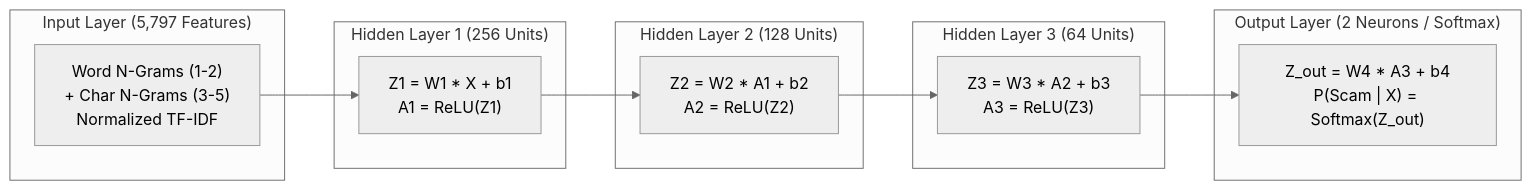
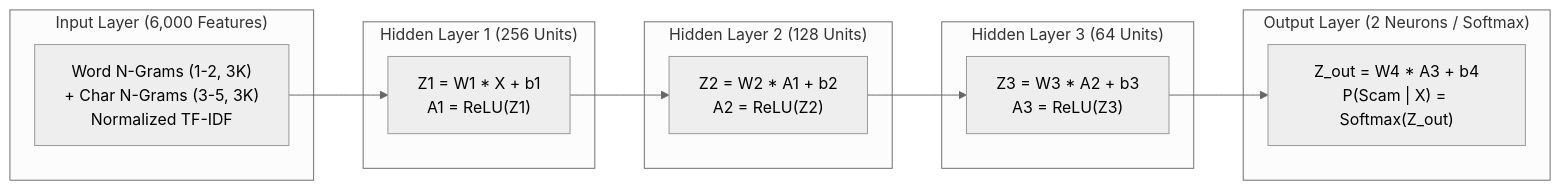
The diagram in docs/neural-network/ARCHITECTURE.md (hamsinikommunuri/bobsec-platform), drawn with Mermaid (neutral theme) before and after one commit. The commit also changed other lines of this file and 60 other files, not shown here.

````diff
--- a/docs/neural-network/ARCHITECTURE.md
+++ b/docs/neural-network/ARCHITECTURE.md
@@ -13,27 +13,27 @@
 ```mermaid
 graph LR
-    subgraph Input["Input Layer (5,797 Features)"]
-        X["Word N-Grams (1-2)<br/>+ Char N-Grams (3-5)<br/>Normalized TF-IDF"]
+    subgraph Input["Input Layer (6,000 Features)"]
+        X["Word N-Grams (1-2, 3K)<br/>+ Char N-Grams (3-5, 3K)<br/>Normalized TF-IDF"]
     end
 
     subgraph H1["Hidden Layer 1 (256 Units)"]
         Z1["Z1 = W1 * X + b1<br/>A1 = ReLU(Z1)"]
     end
 
     subgraph H2["Hidden Layer 2 (128 Units)"]
         Z2["Z2 = W2 * A1 + b2<br/>A2 = ReLU(Z2)"]
     end
 
     subgraph H3["Hidden Layer 3 (64 Units)"]
         Z3["Z3 = W3 * A2 + b3<br/>A3 = ReLU(Z3)"]
     end
 
     subgraph Output["Output Layer (2 Neurons / Softmax)"]
         ZO["Z_out = W4 * A3 + b4<br/>P(Scam | X) = Softmax(Z_out)"]
     end
 
     X --> Z1
     Z1 --> Z2
     Z2 --> Z3
     Z3 --> ZO
 ```
````
